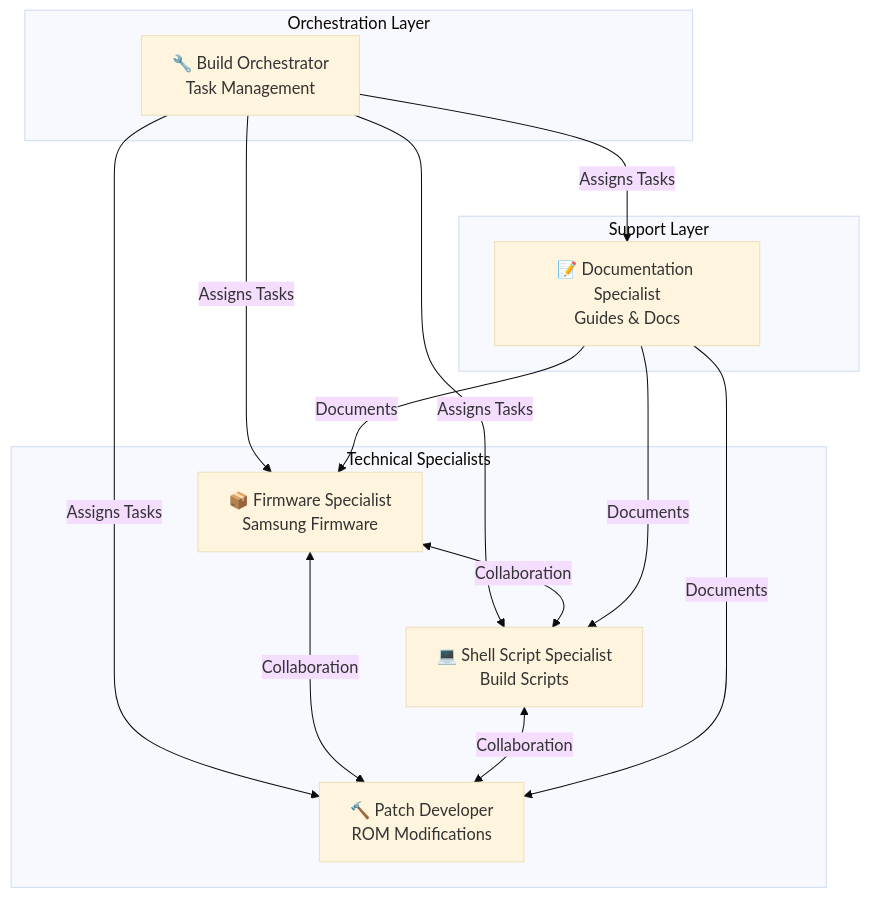
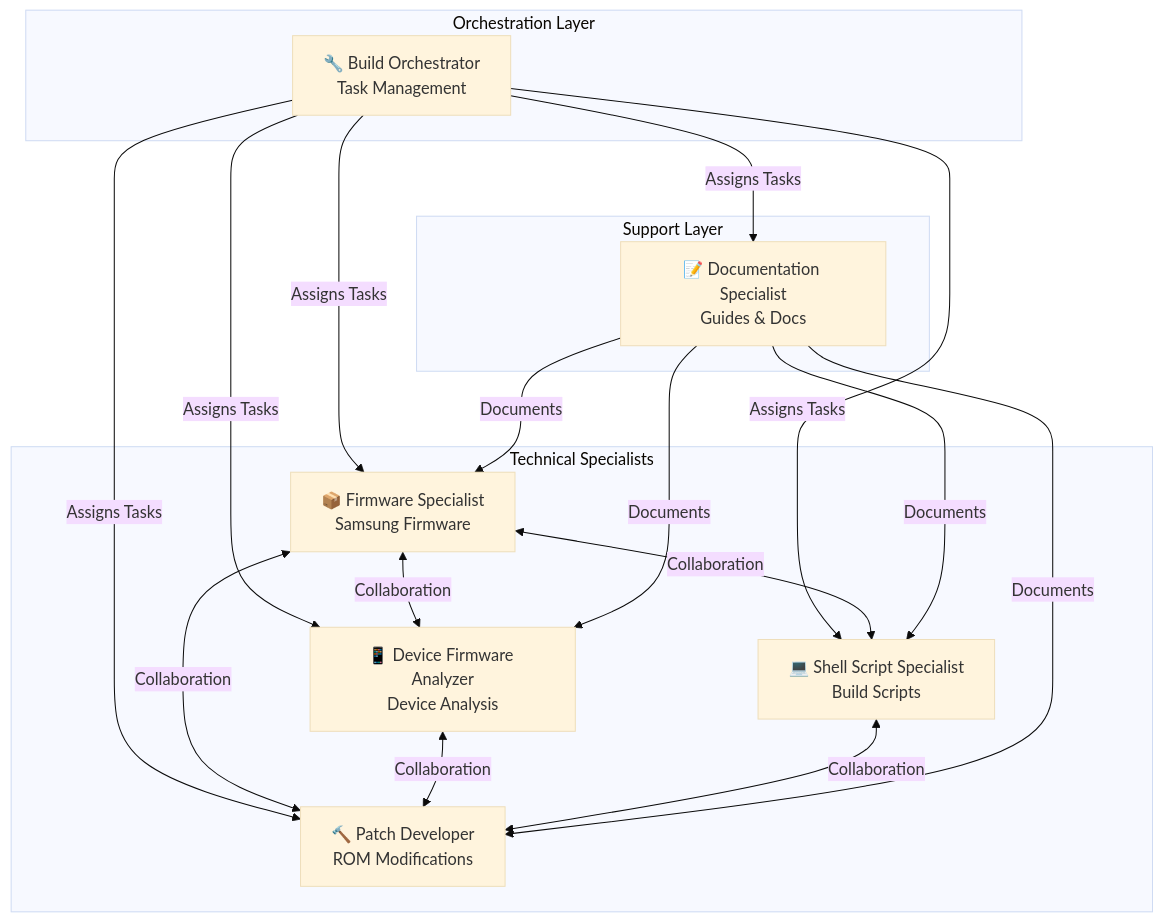
The diagram in .github/agents/README.md (salvogiangri/UN1CA), drawn with Mermaid (base theme) before and after one commit. The commit also changed other lines of this file and 3 other files, not shown here.

Commit message:
Add device-firmware-analyzer agent for device configuration analysis

````diff
--- a/.github/agents/README.md
+++ b/.github/agents/README.md
@@ -33,29 +34,34 @@
 ```mermaid
 graph TB
     subgraph "Orchestration Layer"
         BO[🔧 Build Orchestrator<br/>Task Management]
     end
     
     subgraph "Technical Specialists"
         FW[📦 Firmware Specialist<br/>Samsung Firmware]
+        DFA[📱 Device Firmware Analyzer<br/>Device Analysis]
         SS[💻 Shell Script Specialist<br/>Build Scripts]
         PD[🔨 Patch Developer<br/>ROM Modifications]
     end
     
     subgraph "Support Layer"
         DOC[📝 Documentation Specialist<br/>Guides & Docs]
     end
     
     BO -->|Assigns Tasks| FW
+    BO -->|Assigns Tasks| DFA
     BO -->|Assigns Tasks| SS
     BO -->|Assigns Tasks| PD
     BO -->|Assigns Tasks| DOC
     
+    FW <-->|Collaboration| DFA
     FW <-->|Collaboration| SS
     FW <-->|Collaboration| PD
+    DFA <-->|Collaboration| PD
     SS <-->|Collaboration| PD
     
     DOC -->|Documents| FW
+    DOC -->|Documents| DFA
     DOC -->|Documents| SS
     DOC -->|Documents| PD
 ```
````
